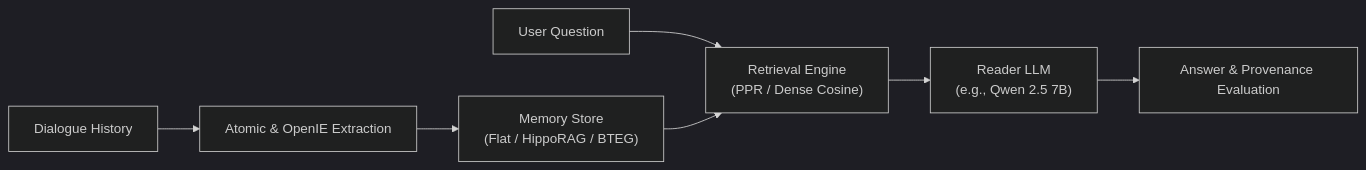
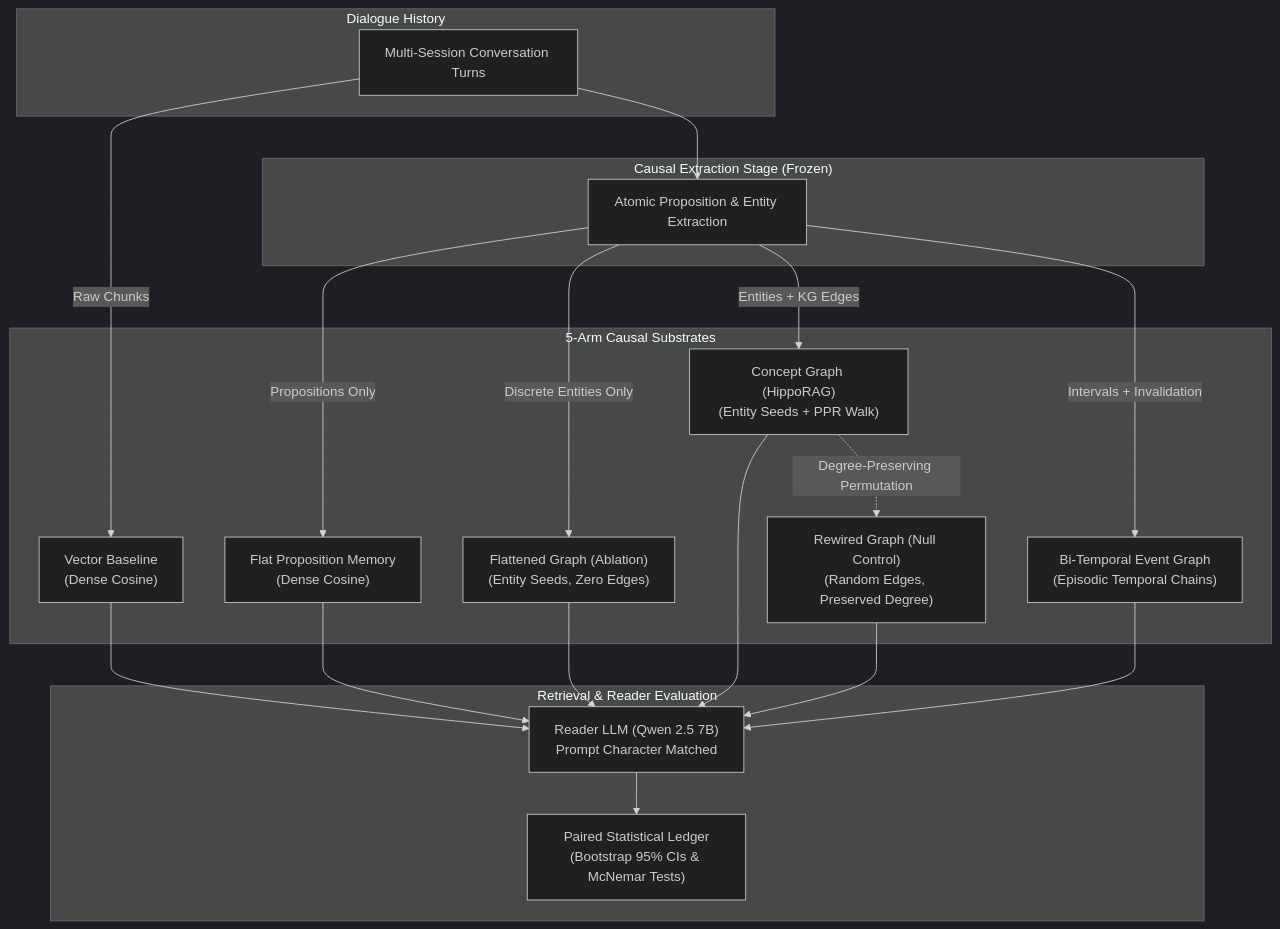
The diagram in README.md (AmirBnsL/graph-memory), drawn with Mermaid (dark theme) before and after one commit. The commit also changed other lines of this file and 17 other files, not shown here.

````diff
--- a/README.md
+++ b/README.md
@@ -18,9 +37,29 @@
 ```mermaid
-flowchart LR
-    A["Dialogue History"] --> B["Atomic & OpenIE Extraction"]
-    B --> C["Memory Store<br/>(Flat / HippoRAG / BTEG)"]
-    D["User Question"] --> E["Retrieval Engine<br/>(PPR / Dense Cosine)"]
-    C --> E
-    E --> F["Reader LLM<br/>(e.g., Qwen 2.5 7B)"]
-    F --> G["Answer & Provenance Evaluation"]
+flowchart TD
+    subgraph Dialogue["Dialogue History"]
+        D["Multi-Session Conversation Turns"]
+    end
+
+    subgraph Extraction["Causal Extraction Stage (Frozen)"]
+        D --> Ext["Atomic Proposition & Entity Extraction"]
+    end
+
+    subgraph MemoryArms["5-Arm Causal Substrates"]
+        D -->|Raw Chunks| V["Vector Baseline<br/>(Dense Cosine)"]
+        Ext -->|Propositions Only| F["Flat Proposition Memory<br/>(Dense Cosine)"]
+        Ext -->|Discrete Entities Only| FG["Flattened Graph (Ablation)<br/>(Entity Seeds, Zero Edges)"]
+        Ext -->|Entities + KG Edges| CG["Concept Graph (HippoRAG)<br/>(Entity Seeds + PPR Walk)"]
+        CG -.->|Degree-Preserving Permutation| RG["Rewired Graph (Null Control)<br/>(Random Edges, Preserved Degree)"]
+        Ext -->|Intervals + Invalidation| BTEG["Bi-Temporal Event Graph<br/>(Episodic Temporal Chains)"]
+    end
+
+    subgraph Evaluation["Retrieval & Reader Evaluation"]
+        V --> R["Reader LLM (Qwen 2.5 7B)<br/>Prompt Character Matched"]
+        F --> R
+        FG --> R
+        CG --> R
+        RG --> R
+        BTEG --> R
+        R --> Metrics["Paired Statistical Ledger<br/>(Bootstrap 95% CIs & McNemar Tests)"]
+    end
 ```
````
